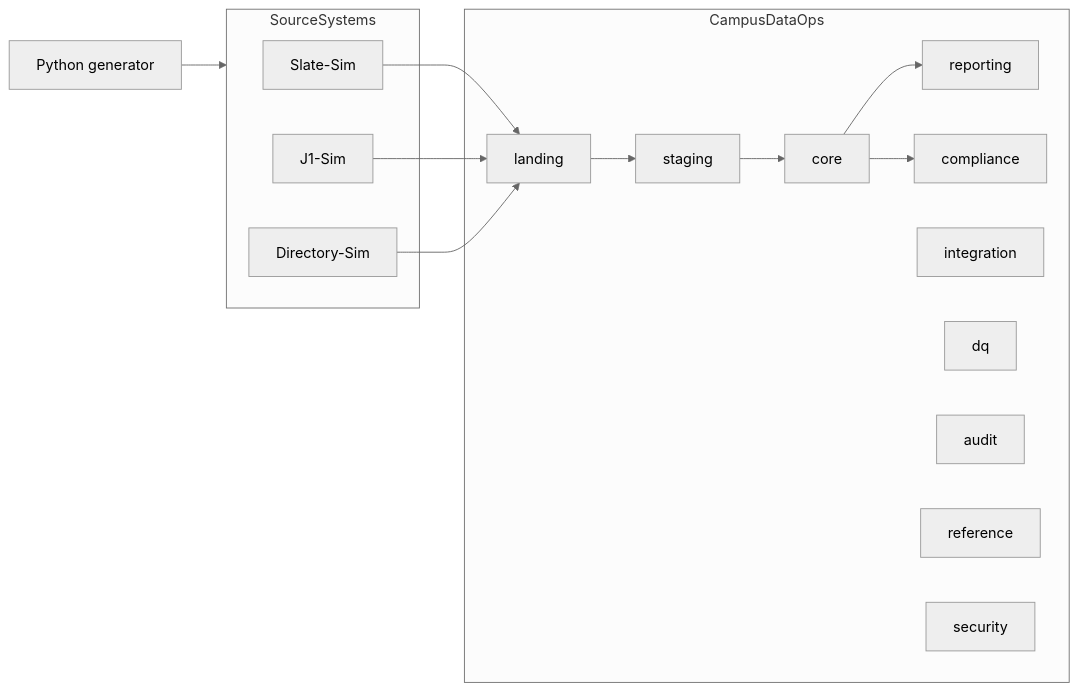
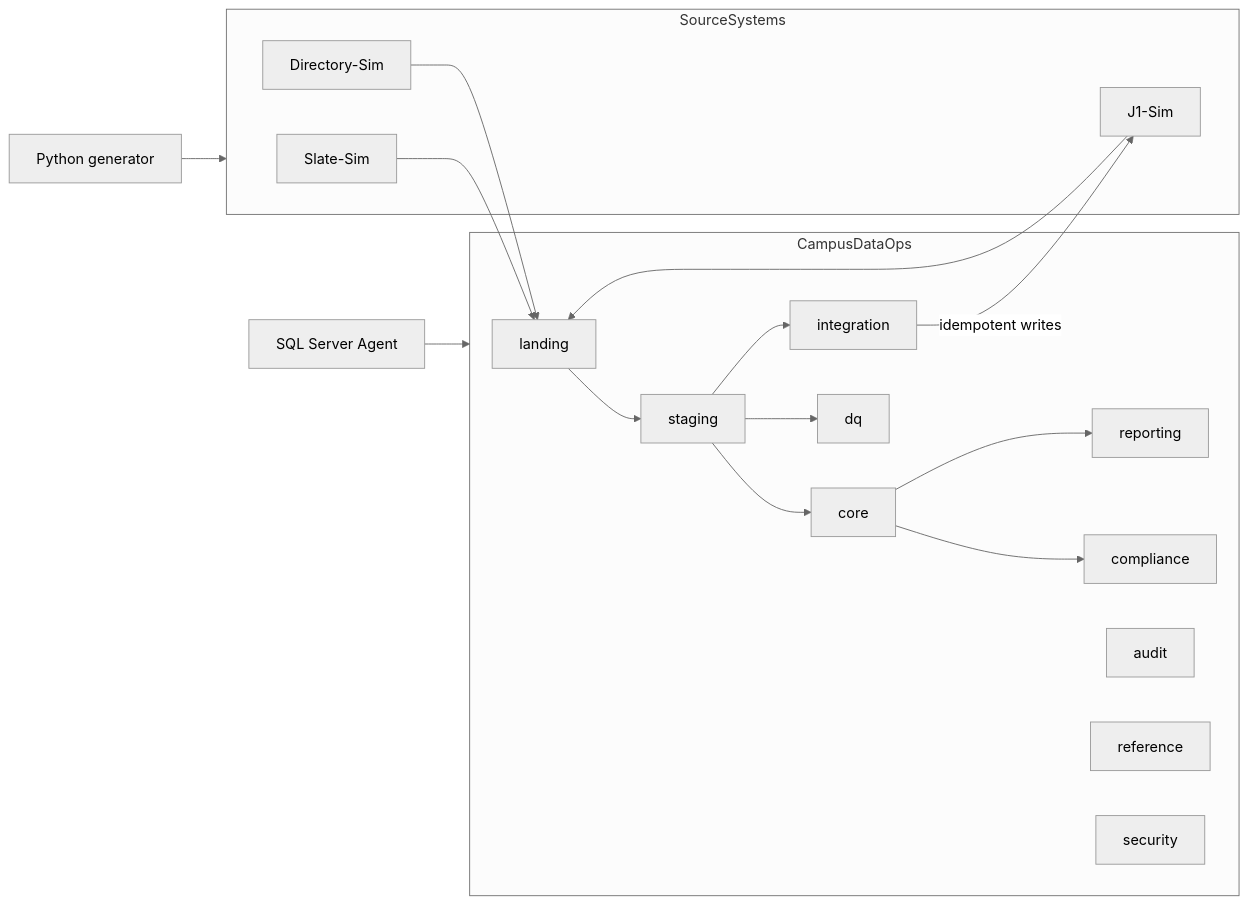
Before and after one commit to saiff7/campus-data-hub: the diagram in README.md, drawn with Mermaid (neutral theme). The commit also changed other lines of this file and 9 other files, not shown here.

````diff
--- a/README.md
+++ b/README.md
@@ -29,22 +36,24 @@
 ```mermaid
 flowchart LR
     subgraph SourceSystems
         S[Slate-Sim]
         J[J1-Sim]
         D[Directory-Sim]
     end
     subgraph CampusDataOps
         L[landing] --> ST[staging] --> C[core]
         C --> R[reporting]
         C --> CO[compliance]
-        I[integration]
-        Q[dq]
+        ST --> I[integration]
+        ST --> Q[dq]
         A[audit]
         RF[reference]
         SE[security]
     end
     S --> L
     J --> L
     D --> L
+    I -->|idempotent writes| J
     G[Python generator] --> SourceSystems
+    AG[SQL Server Agent] --> CampusDataOps
 ```
````
